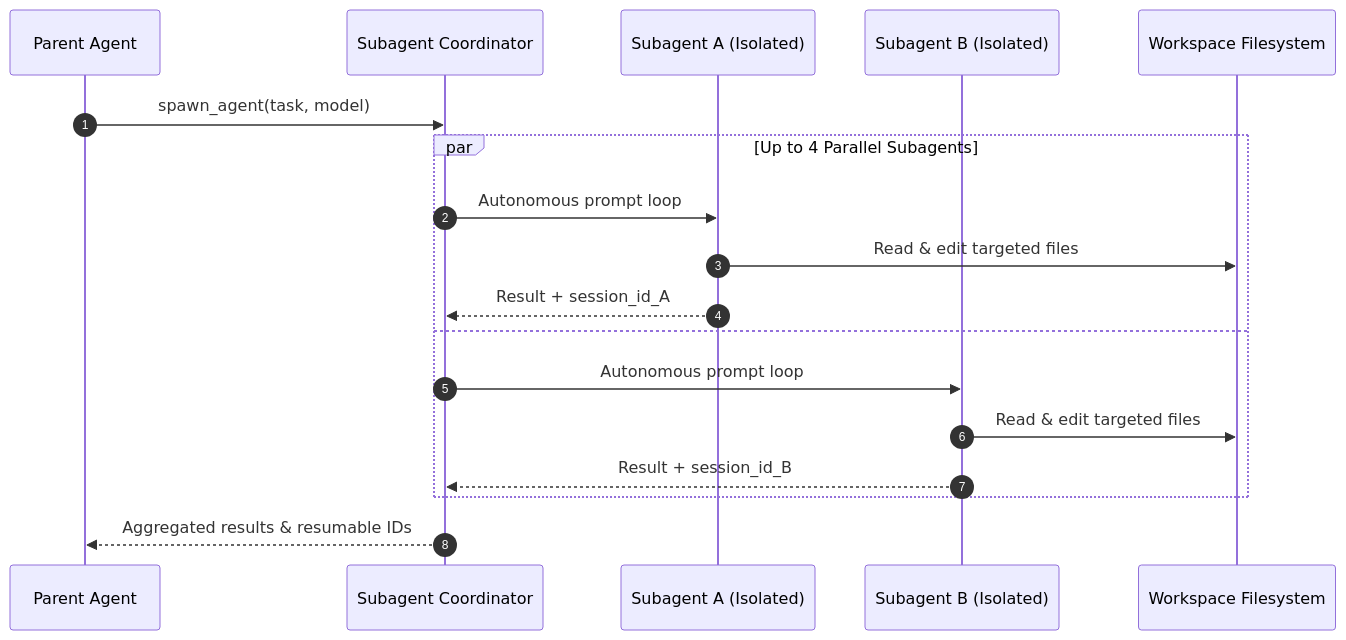
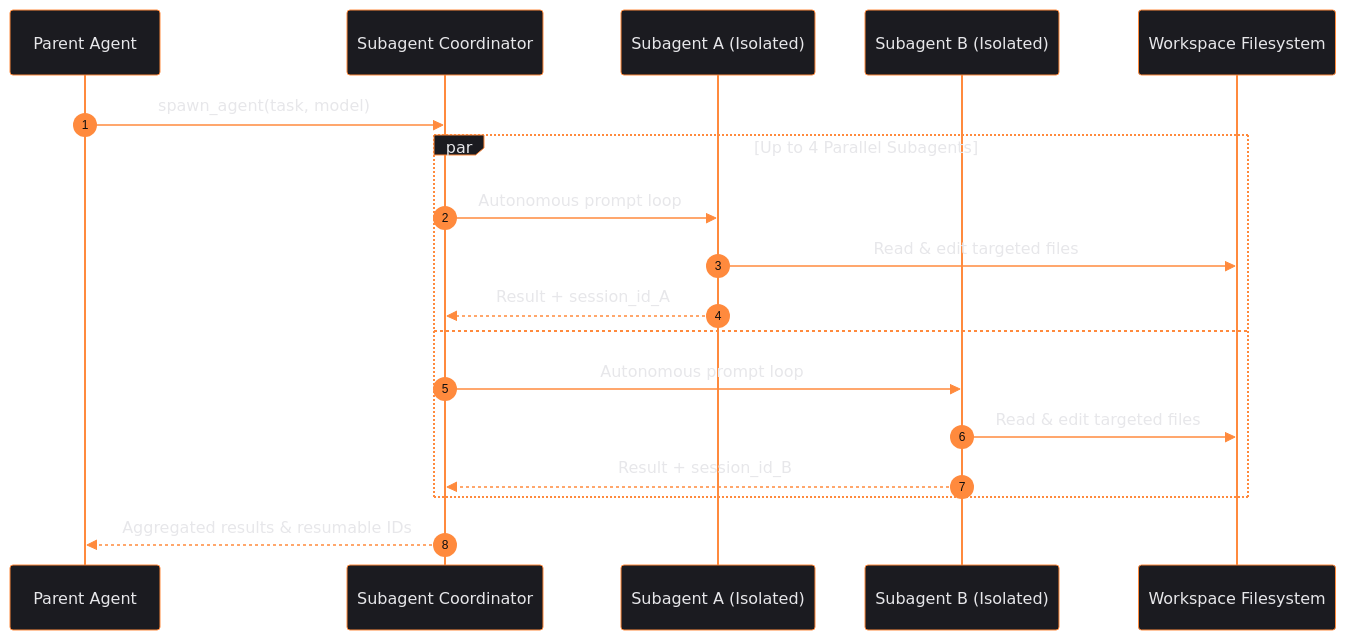
The second of 4 diagrams in README.md (DevvGwardo/flint), drawn with Mermaid before and after one commit. The commit also changed other lines of this file and 1 other file, not shown here.

Commit message:
docs: apply Hermes brand styling and themes to all Mermaid diagrams

````diff
--- a/README.md
+++ b/README.md
@@ -193,21 +219,43 @@
 ```mermaid
+%%{init: {
+  'theme': 'base',
+  'themeVariables': {
+    'darkMode': true,
+    'actorBkg': '#1b1b20',
+    'actorBorder': '#ff8a3d',
+    'actorTextColor': '#e7e7ea',
+    'actorLineColor': '#ff8a3d',
+    'signalColor': '#ff8a3d',
+    'signalTextColor': '#e7e7ea',
+    'labelBoxBkgColor': '#1b1b20',
+    'labelBoxBorderColor': '#ff8a3d',
+    'labelTextColor': '#e7e7ea',
+    'loopTextColor': '#e7e7ea',
+    'noteBkgColor': '#141418',
+    'noteTextColor': '#e7e7ea',
+    'noteBorderColor': '#222228',
+    'activationBkgColor': '#222228',
+    'activationBorderColor': '#ff8a3d',
+    'sequenceNumberColor': '#0e0e10'
+  }
+}}%%
 sequenceDiagram
     autonumber
     participant Parent as Parent Agent
     participant Orch as Subagent Coordinator
     participant Sub1 as Subagent A (Isolated)
     participant Sub2 as Subagent B (Isolated)
     participant Disk as Workspace Filesystem
 
     Parent->>Orch: spawn_agent(task, model)
     par Up to 4 Parallel Subagents
         Orch->>Sub1: Autonomous prompt loop
         Sub1->>Disk: Read & edit targeted files
         Sub1-->>Orch: Result + session_id_A
     and
         Orch->>Sub2: Autonomous prompt loop
         Sub2->>Disk: Read & edit targeted files
         Sub2-->>Orch: Result + session_id_B
     end
     Orch-->>Parent: Aggregated results & resumable IDs
 ```
````
